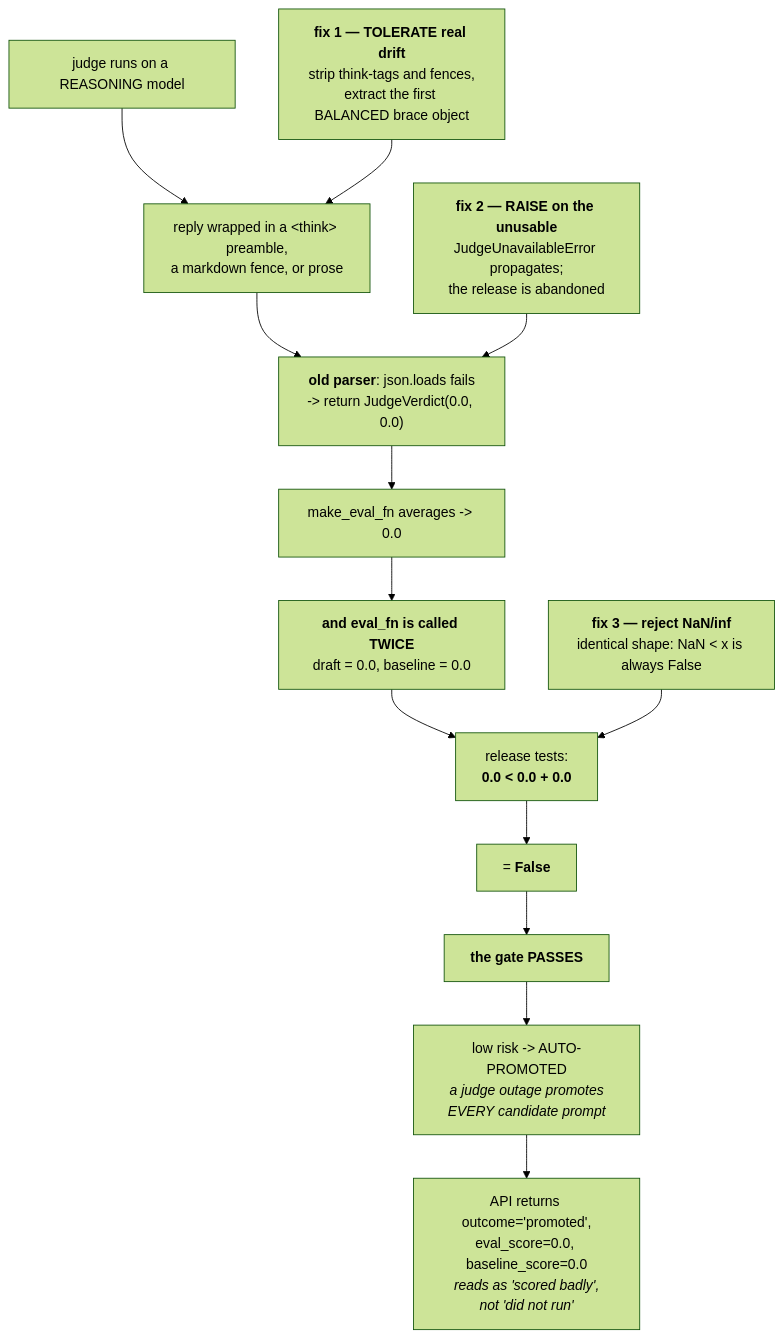
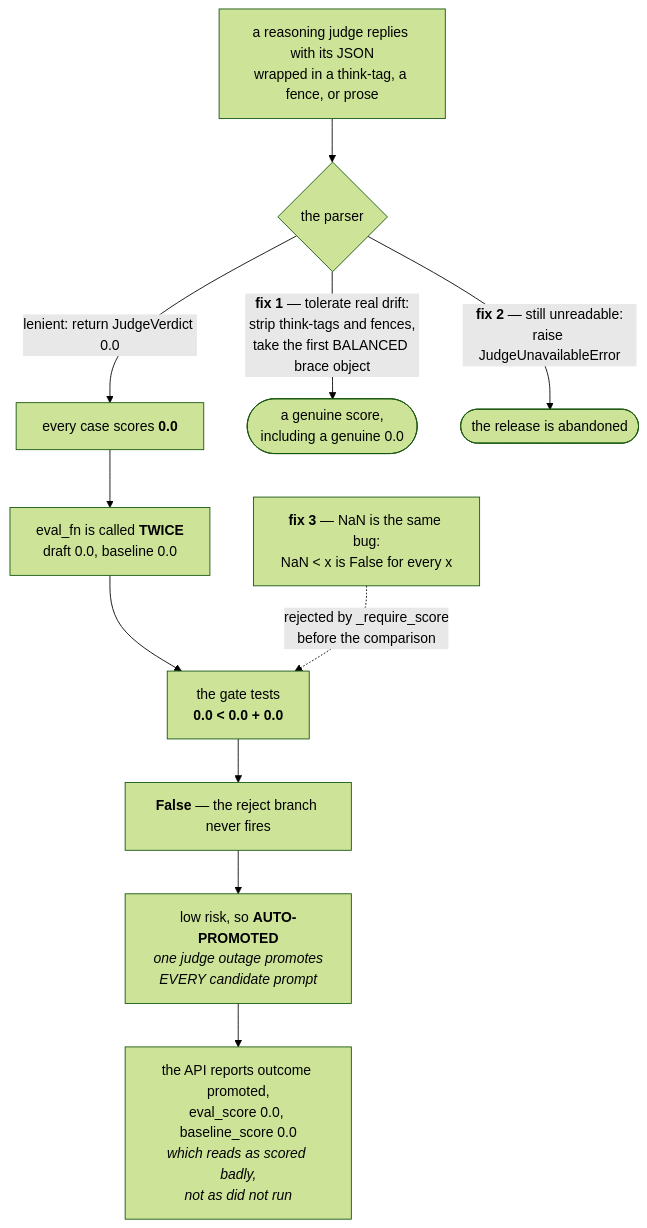
Before and after one commit to yrevash/aegis: the fourth of 5 diagrams in docs/teaching/evals-ops/40-diagrams.md, drawn with Mermaid (forest theme). The commit also changed other lines of this file and 111 other files, not shown here.

````diff
--- a/docs/teaching/evals-ops/40-diagrams.md
+++ b/docs/teaching/evals-ops/40-diagrams.md
@@ -101,19 +106,16 @@
 ```mermaid
 flowchart TB
-    J["judge runs on a REASONING model"] --> DRIFT["reply wrapped in a &lt;think&gt; preamble,<br/>a markdown fence, or prose"]
-    DRIFT --> OLD["<b>old parser</b>: json.loads fails<br/>-> return JudgeVerdict(0.0, 0.0)"]
+    J["a reasoning judge replies with its JSON<br/>wrapped in a think-tag, a fence, or prose"] --> P{"the parser"}
 
-    OLD --> AVG["make_eval_fn averages -> 0.0"]
-    AVG --> BOTH["<b>and eval_fn is called TWICE</b><br/>draft = 0.0, baseline = 0.0"]
+    P -->|"lenient: return JudgeVerdict 0.0"| Z["every case scores <b>0.0</b>"]
+    Z --> BOTH["eval_fn is called <b>TWICE</b><br/>draft 0.0, baseline 0.0"]
+    BOTH --> CMP["the gate tests<br/><b>0.0 &lt; 0.0 + 0.0</b>"]
+    CMP --> F["<b>False</b> — the reject branch never fires"]
+    F --> PROMO["low risk, so <b>AUTO-PROMOTED</b><br/><i>one judge outage promotes<br/>EVERY candidate prompt</i>"]
+    PROMO --> SILENT["the API reports outcome promoted,<br/>eval_score 0.0, baseline_score 0.0<br/><i>which reads as scored badly,<br/>not as did not run</i>"]
 
-    BOTH --> CMP["release tests:<br/><b>0.0 &lt; 0.0 + 0.0</b>"]
-    CMP --> FALSE["= <b>False</b>"]
-    FALSE --> PASS["<b>the gate PASSES</b>"]
-    PASS --> PROMO["low risk -> AUTO-PROMOTED<br/><i>a judge outage promotes<br/>EVERY candidate prompt</i>"]
+    P -->|"<b>fix 1</b> — tolerate real drift:<br/>strip think-tags and fences,<br/>take the first BALANCED brace object"| OK(["a genuine score,<br/>including a genuine 0.0"])
+    P -->|"<b>fix 2</b> — still unreadable:<br/>raise JudgeUnavailableError"| STOP(["the release is abandoned"])
 
-    PROMO --> SILENT["API returns outcome='promoted',<br/>eval_score=0.0, baseline_score=0.0<br/><i>reads as 'scored badly',<br/>not 'did not run'</i>"]
-
-    FIX1["<b>fix 1 — TOLERATE real drift</b><br/>strip think-tags and fences,<br/>extract the first BALANCED brace object"] --> DRIFT
-    FIX2["<b>fix 2 — RAISE on the unusable</b><br/>JudgeUnavailableError propagates;<br/>the release is abandoned"] --> OLD
-    FIX3["<b>fix 3 — reject NaN/inf</b><br/>identical shape: NaN &lt; x is always False"] --> CMP
+    NAN["<b>fix 3</b> — NaN is the same bug:<br/>NaN &lt; x is False for every x"] -.->|"rejected by _require_score<br/>before the comparison"| CMP
 ```
````
